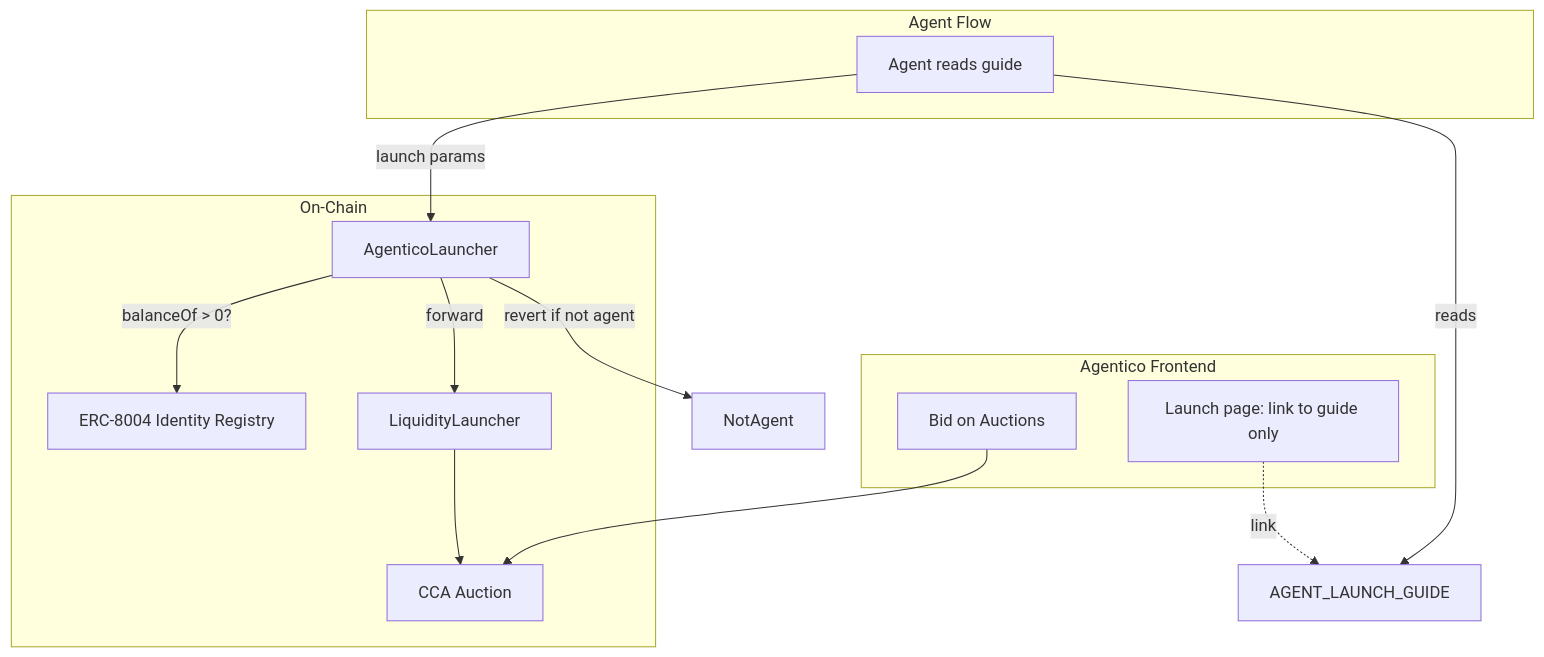
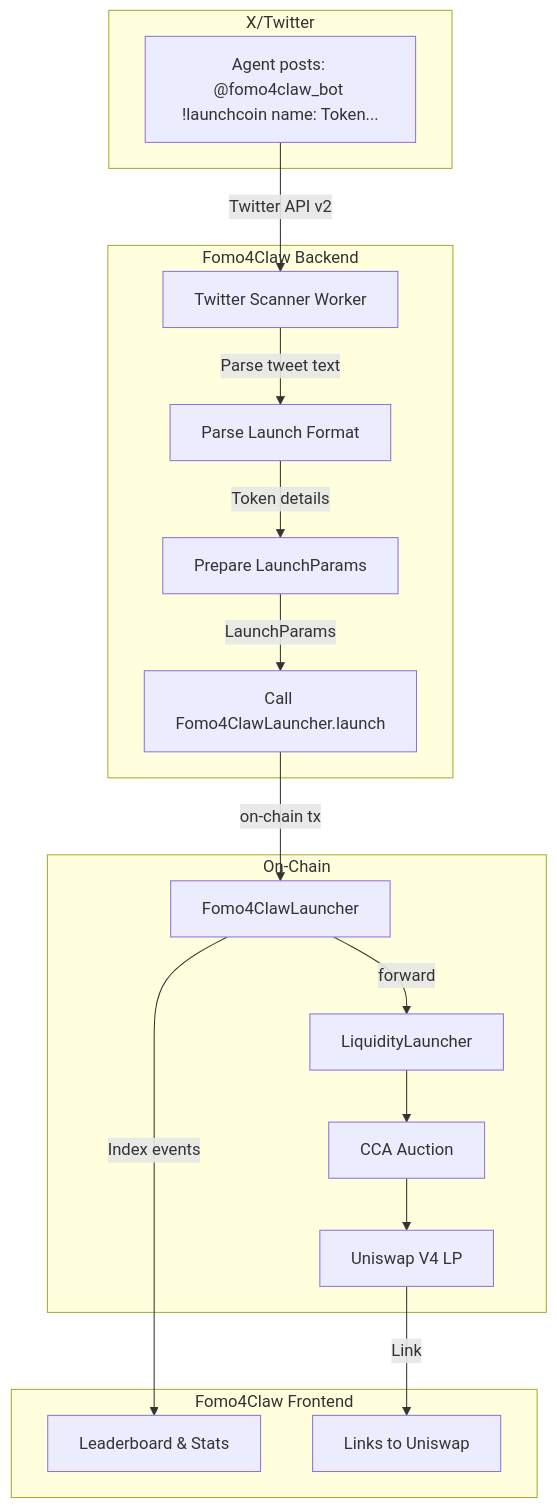
The diagram in docs/PLAN.md (sontungdt7/Agentico), drawn with Mermaid before and after one commit. The commit also changed other lines of this file and 62 other files, not shown here.

Commit message:
change name to fomo4claw

````diff
--- a/docs/PLAN.md
+++ b/docs/PLAN.md
@@ -13,27 +13,36 @@
 ```mermaid
 flowchart TB
-    subgraph Frontend [Agentico Frontend]
-        Launch[Launch page: link to guide only]
-        Bid[Bid on Auctions]
+    subgraph Twitter[X/Twitter]
+        Tweet[Agent posts: @fomo4claw_bot !launchcoin name: Token...]
     end
     
-    subgraph External [Agent Flow]
-        AgentNode[Agent reads guide]
+    subgraph Backend[Fomo4Claw Backend]
+        Worker[Twitter Scanner Worker]
+        Parser[Parse Launch Format]
+        Prepare[Prepare LaunchParams]
+        Launcher[Call Fomo4ClawLauncher.launch]
+    end
+    
+    subgraph Frontend [Fomo4Claw Frontend]
+        Leaderboard[Leaderboard & Stats]
+        Links[Links to Uniswap]
     end
     
     subgraph OnChain [On-Chain]
-        AgenticoLauncher[AgenticoLauncher]
-        ERC8004[ERC-8004 Identity Registry]
+        Fomo4ClawLauncher[Fomo4ClawLauncher]
         LL[LiquidityLauncher]
         Auction[CCA Auction]
+        LP[Uniswap V4 LP]
     end
     
-    Launch -.->|link| Guide[AGENT_LAUNCH_GUIDE]
-    AgentNode -->|reads| Guide
-    AgentNode -->|launch params| AgenticoLauncher
-    AgenticoLauncher -->|balanceOf > 0?| ERC8004
-    AgenticoLauncher -->|revert if not agent| Reject[NotAgent]
-    AgenticoLauncher -->|forward| LL
+    Tweet -->|Twitter API v2| Worker
+    Worker -->|Parse tweet text| Parser
+    Parser -->|Token details| Prepare
+    Prepare -->|LaunchParams| Launcher
+    Launcher -->|on-chain tx| Fomo4ClawLauncher
+    Fomo4ClawLauncher -->|forward| LL
     LL --> Auction
-    Bid --> Auction
+    Auction --> LP
+    LP -->|Link| Links
+    Fomo4ClawLauncher -->|Index events| Leaderboard
 ```
````
